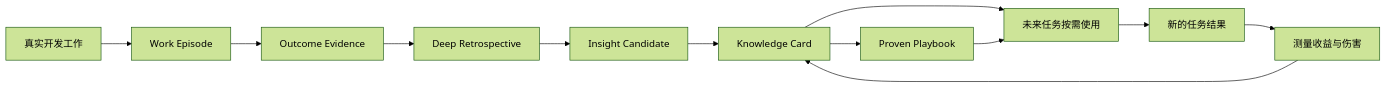
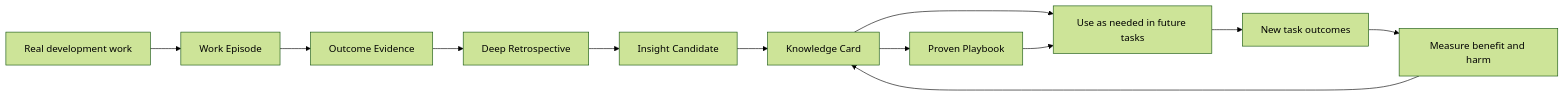
One commit to cubika/ProvenLoop changed the diagram in docs/product-design.md. Above: the diagram before and after it, drawn with Mermaid (forest theme). The commit also changed other lines of this file and 12 other files, not shown here.

````diff
--- a/docs/product-design.md
+++ b/docs/product-design.md
@@ -316,14 +347,14 @@
 ```mermaid
 flowchart LR
-    WORK["真实开发工作"] --> EPISODE["Work Episode"]
+    WORK["Real development work"] --> EPISODE["Work Episode"]
     EPISODE --> OUTCOME["Outcome Evidence"]
     OUTCOME --> REFLECT["Deep Retrospective"]
     REFLECT --> INSIGHT["Insight Candidate"]
     INSIGHT --> KNOWLEDGE["Knowledge Card"]
-    KNOWLEDGE --> RETRIEVE["未来任务按需使用"]
-    RETRIEVE --> RESULT["新的任务结果"]
-    RESULT --> MEASURE["测量收益与伤害"]
+    KNOWLEDGE --> RETRIEVE["Use as needed in future tasks"]
+    RETRIEVE --> RESULT["New task outcomes"]
+    RESULT --> MEASURE["Measure benefit and harm"]
     MEASURE --> KNOWLEDGE
     KNOWLEDGE --> PLAYBOOK["Proven Playbook"]
     PLAYBOOK --> RETRIEVE
 ```
````
